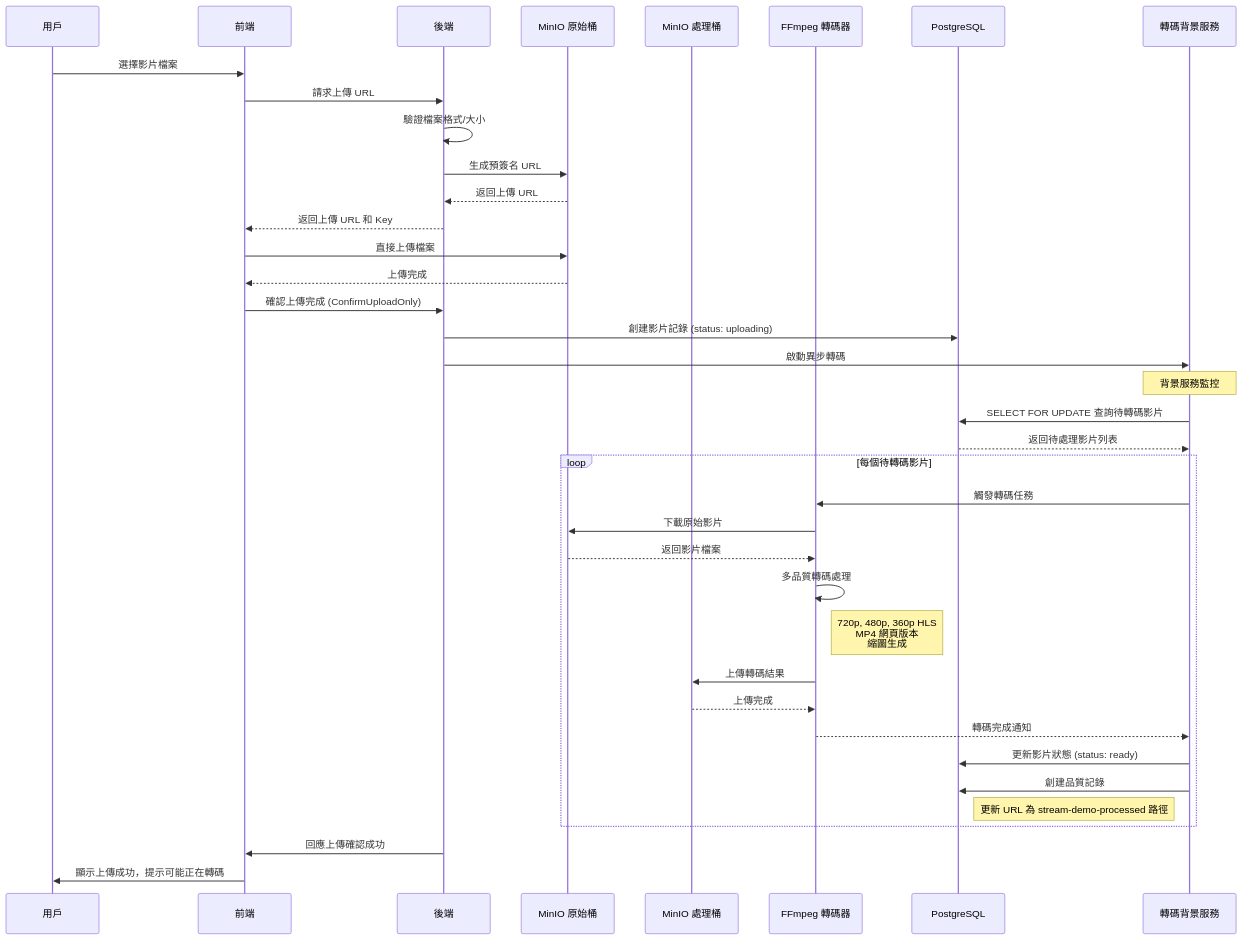
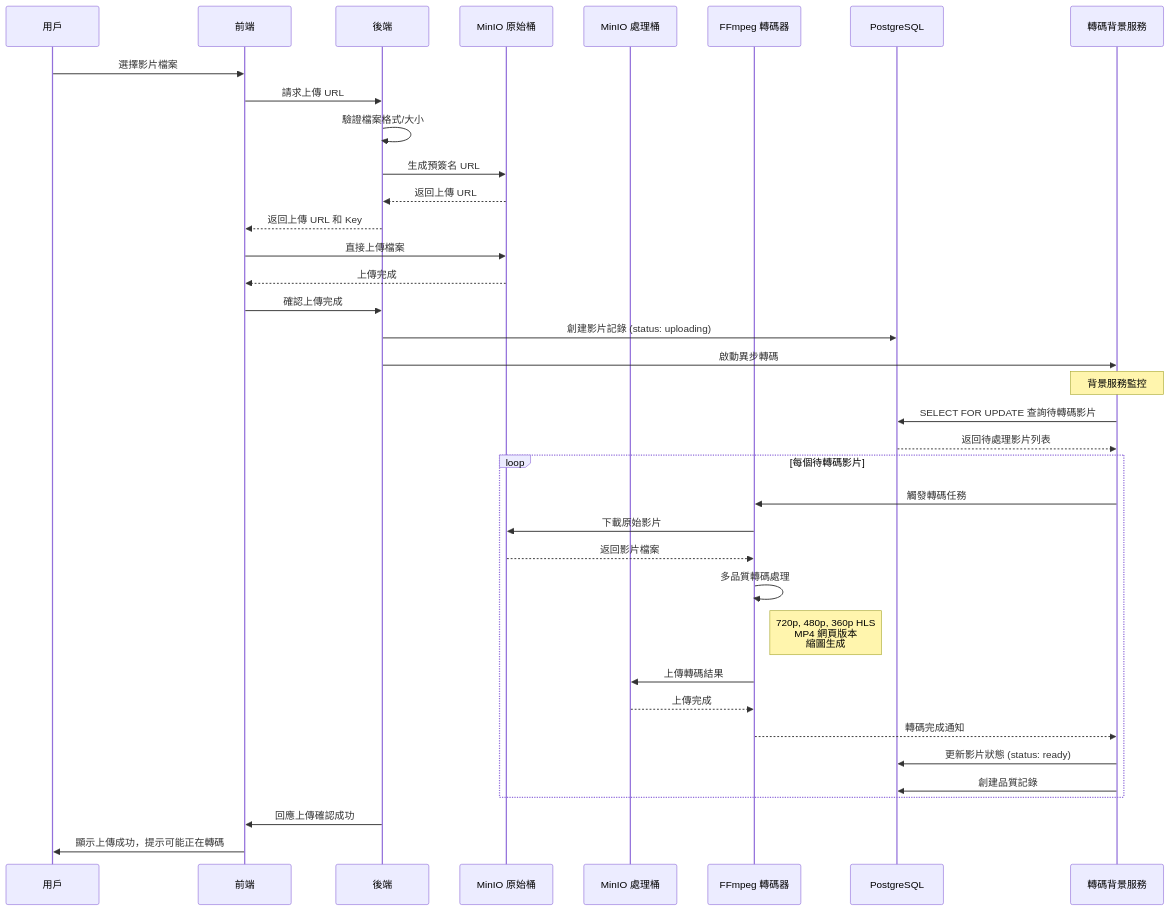
One commit to mike504110403/stream-demo changed the first of 3 diagrams in README.md. Above: the diagram before and after it, drawn with Mermaid. The commit also changed other lines of this file and 27 other files, not shown here.

````diff
--- a/README.md
+++ b/README.md
@@ -616,47 +63,46 @@
 ```mermaid
 sequenceDiagram
     participant U as 用戶
     participant FE as 前端
     participant BE as 後端
     participant MINIO_ORIG as MinIO 原始桶
     participant MINIO_PROC as MinIO 處理桶
     participant FFMPEG as FFmpeg 轉碼器
     participant DB as PostgreSQL
     participant TW as 轉碼背景服務
     
     U->>FE: 選擇影片檔案
     FE->>BE: 請求上傳 URL
     BE->>BE: 驗證檔案格式/大小
     BE->>MINIO_ORIG: 生成預簽名 URL
     MINIO_ORIG-->>BE: 返回上傳 URL
     BE-->>FE: 返回上傳 URL 和 Key
     FE->>MINIO_ORIG: 直接上傳檔案
     MINIO_ORIG-->>FE: 上傳完成
-    FE->>BE: 確認上傳完成 (ConfirmUploadOnly)
+    FE->>BE: 確認上傳完成
     BE->>DB: 創建影片記錄 (status: uploading)
     BE->>TW: 啟動異步轉碼
     
     Note over TW: 背景服務監控
     TW->>DB: SELECT FOR UPDATE 查詢待轉碼影片
     DB-->>TW: 返回待處理影片列表
     
     loop 每個待轉碼影片
         TW->>FFMPEG: 觸發轉碼任務
         FFMPEG->>MINIO_ORIG: 下載原始影片
         MINIO_ORIG-->>FFMPEG: 返回影片檔案
         
         FFMPEG->>FFMPEG: 多品質轉碼處理
         Note right of FFMPEG: 720p, 480p, 360p HLS<br/>MP4 網頁版本<br/>縮圖生成
         
         FFMPEG->>MINIO_PROC: 上傳轉碼結果
         MINIO_PROC-->>FFMPEG: 上傳完成
         FFMPEG-->>TW: 轉碼完成通知
         
         TW->>DB: 更新影片狀態 (status: ready)
         TW->>DB: 創建品質記錄
-        Note right of DB: 更新 URL 為 stream-demo-processed 路徑
     end
     
     BE->>FE: 回應上傳確認成功
     FE->>U: 顯示上傳成功，提示可能正在轉碼
 ```
````
